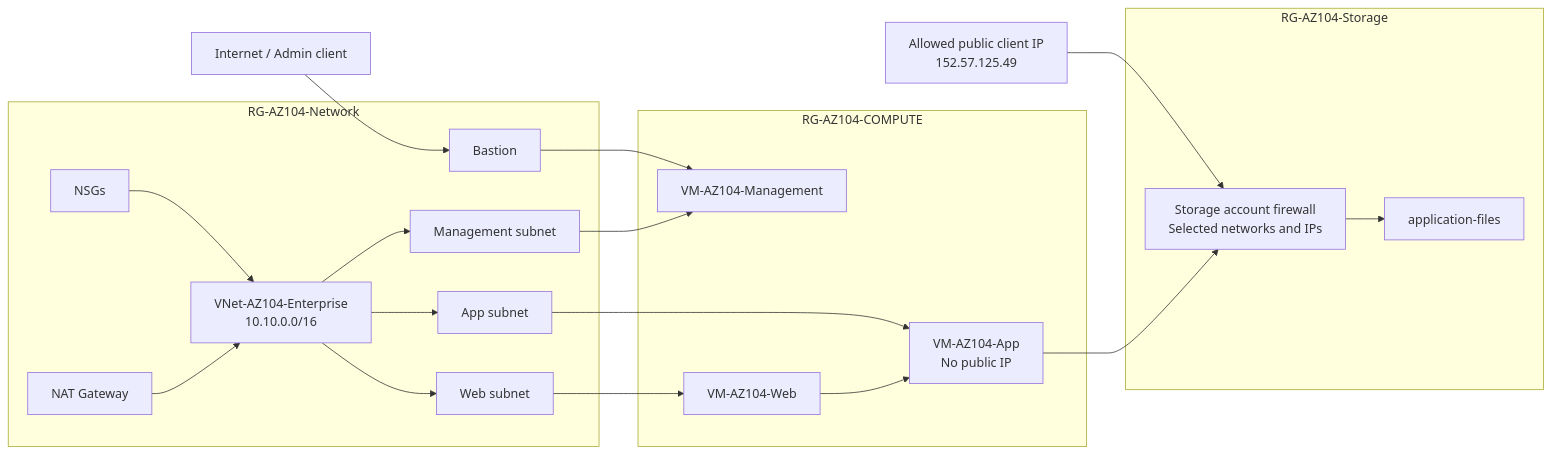
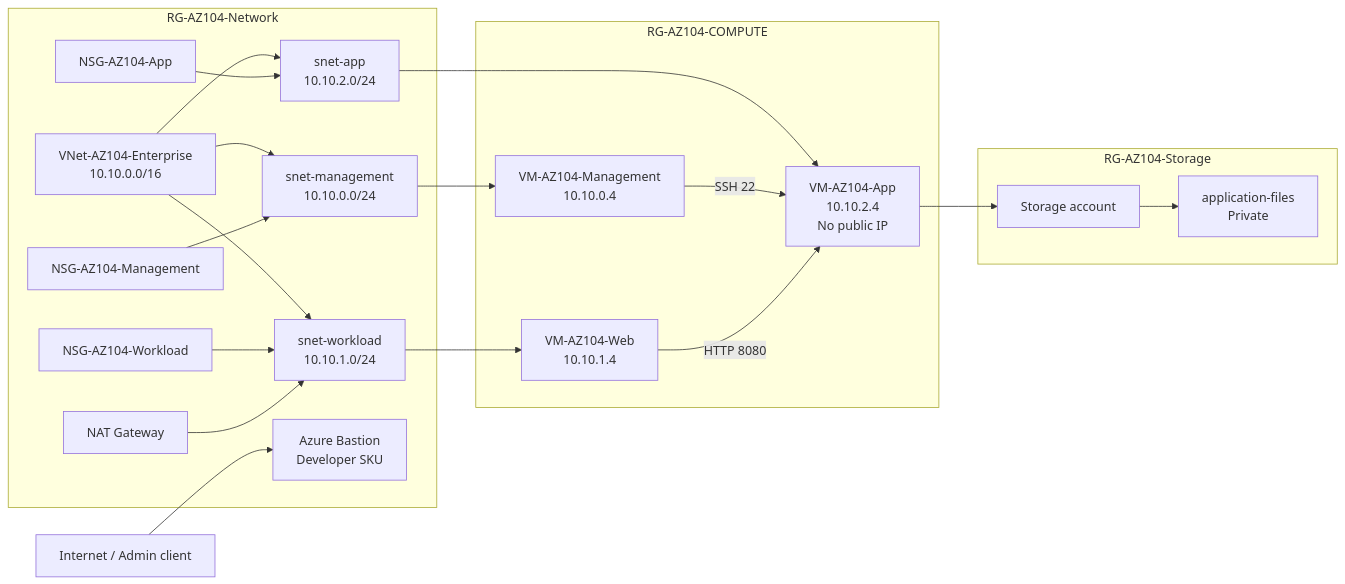
Before and after one commit to Kishorebiswajit/azure-104-enterprise-administrator-lab: the diagram in assets/diagrams/network-topology.mmd, drawn with Mermaid.

Commit message:
Update network topology diagram

```diff
--- a/assets/diagrams/network-topology.mmd
+++ b/assets/diagrams/network-topology.mmd
@@ -1,39 +1,41 @@
 flowchart LR
     Internet["Internet / Admin client"]
-    PublicIP["Allowed public client IP<br/>152.57.125.49"]
 
     subgraph NetRG["RG-AZ104-Network"]
         VNet["VNet-AZ104-Enterprise<br/>10.10.0.0/16"]
-        MgmtSubnet["Management subnet"]
-        WebSubnet["Web subnet"]
-        AppSubnet["App subnet"]
-        Bastion["Bastion"]
+        MgmtSubnet["snet-management<br/>10.10.0.0/24"]
+        WebSubnet["snet-workload<br/>10.10.1.0/24"]
+        AppSubnet["snet-app<br/>10.10.2.0/24"]
+        Bastion["Azure Bastion<br/>Developer SKU"]
         NAT["NAT Gateway"]
-        NSG["NSGs"]
+        MgmtNSG["NSG-AZ104-Management"]
+        WebNSG["NSG-AZ104-Workload"]
+        AppNSG["NSG-AZ104-App"]
     end
 
     subgraph ComputeRG["RG-AZ104-COMPUTE"]
-        MgmtVM["VM-AZ104-Management"]
-        WebVM["VM-AZ104-Web"]
-        AppVM["VM-AZ104-App<br/>No public IP"]
+        MgmtVM["VM-AZ104-Management<br/>10.10.0.4"]
+        WebVM["VM-AZ104-Web<br/>10.10.1.4"]
+        AppVM["VM-AZ104-App<br/>10.10.2.4<br/>No public IP"]
     end
 
     subgraph StorageRG["RG-AZ104-Storage"]
-        Storage["Storage account firewall<br/>Selected networks and IPs"]
-        Blob["application-files"]
+        Storage["Storage account"]
+        Blob["application-files<br/>Private"]
     end
 
     Internet --> Bastion
-    PublicIP --> Storage
-    Bastion --> MgmtVM
     VNet --> MgmtSubnet
     VNet --> WebSubnet
     VNet --> AppSubnet
     MgmtSubnet --> MgmtVM
     WebSubnet --> WebVM
     AppSubnet --> AppVM
-    NSG --> VNet
-    NAT --> VNet
-    WebVM --> AppVM
+    MgmtNSG --> MgmtSubnet
+    WebNSG --> WebSubnet
+    AppNSG --> AppSubnet
+    NAT --> WebSubnet
+    MgmtVM -->|"SSH 22"| AppVM
+    WebVM -->|"HTTP 8080"| AppVM
     AppVM --> Storage
     Storage --> Blob
```
